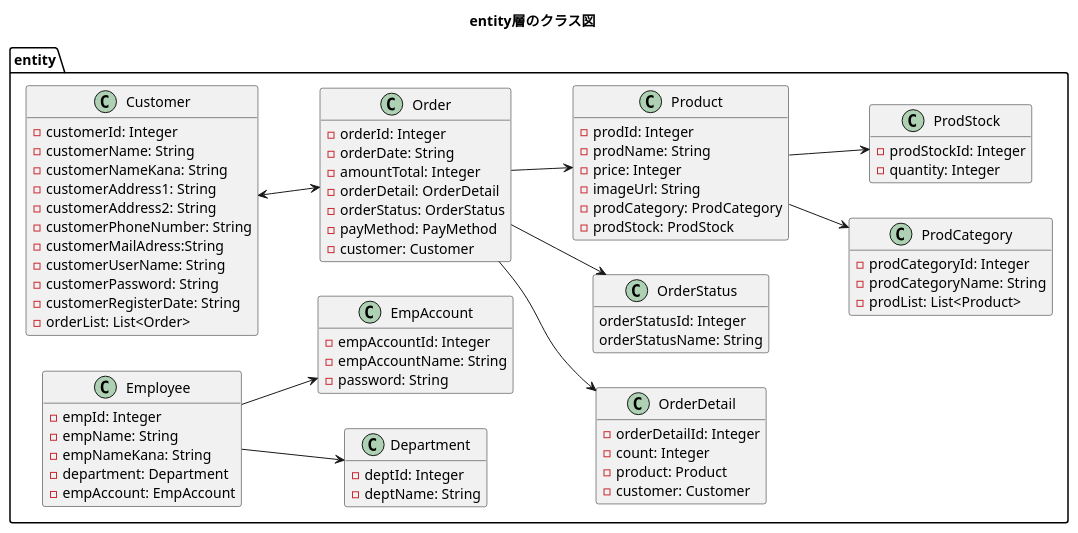
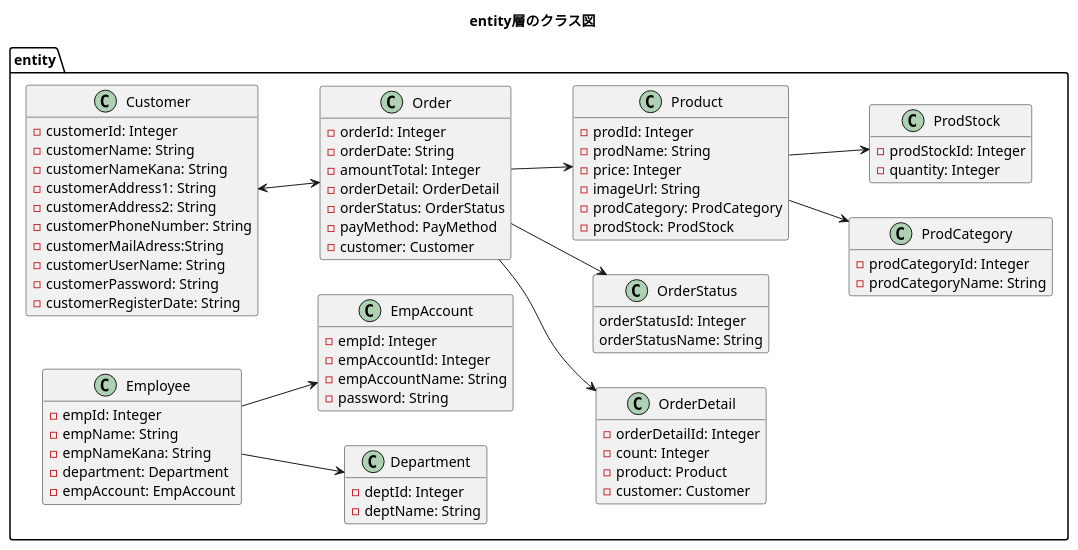
Before and after one commit to kanavii3333/ec-b: the diagram in plan/uml/class/entity.plantuml, drawn with PlantUML. The commit also changed 4 other files, not shown here.

```diff
--- a/plan/uml/class/entity.plantuml
+++ b/plan/uml/class/entity.plantuml
@@ -1,91 +1,90 @@
 @startuml
 title entity層のクラス図
 hide empty members
 left to right direction
 
 package entity{
     class Customer{
         -customerId: Integer
         -customerName: String
         -customerNameKana: String
         -customerAddress1: String
         -customerAddress2: String
         -customerPhoneNumber: String
         -customerMailAdress:String
         -customerUserName: String
         -customerPassword: String
         -customerRegisterDate: String
-        -orderList: List<Order>
     }
 
     class Order{
         -orderId: Integer
         -orderDate: String
         -amountTotal: Integer
         -orderDetail: OrderDetail
         -orderStatus: OrderStatus
         -payMethod: PayMethod
         -customer: Customer
     }
 
     class OrderDetail{
         -orderDetailId: Integer
         -count: Integer
         -product: Product
         -customer: Customer
     }
 
     class OrderStatus{
         orderStatusId: Integer
         orderStatusName: String
     }
 
     class Product{
         -prodId: Integer
         -prodName: String
         -price: Integer
         -imageUrl: String
         -prodCategory: ProdCategory
         -prodStock: ProdStock
     }
 
     class ProdCategory{
         -prodCategoryId: Integer
         -prodCategoryName: String
-        -prodList: List<Product>
     }
 
     class ProdStock{
         -prodStockId: Integer
         -quantity: Integer
     }
 
     class Employee{
         -empId: Integer
         -empName: String
         -empNameKana: String
         -department: Department
         -empAccount: EmpAccount
     }
 
     class Department{
         -deptId: Integer
         -deptName: String
     }
 
     class EmpAccount{
+    	-empId: Integer
         -empAccountId: Integer
         -empAccountName: String
         -password: String
     }
 }
 
 Customer <--> Order
 Order --> OrderStatus
 Order --> OrderDetail
 Order --> Product
 Product --> ProdStock
 Product --> ProdCategory
 Employee --> EmpAccount
 Employee --> Department
 @enduml
```
